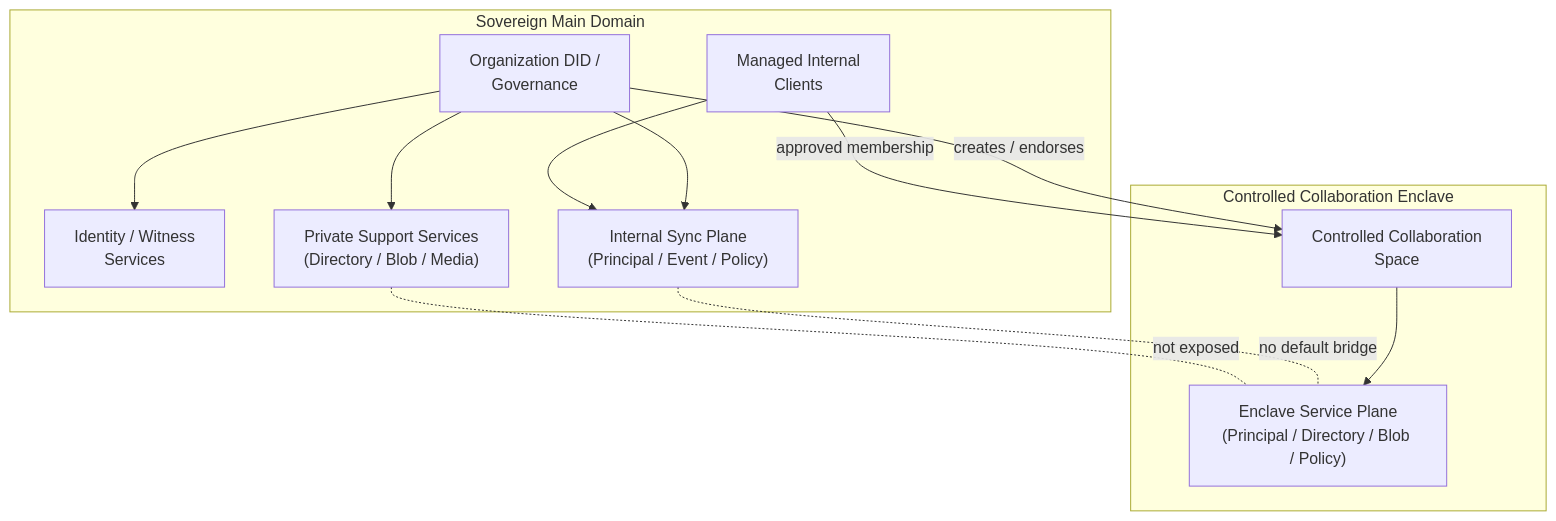
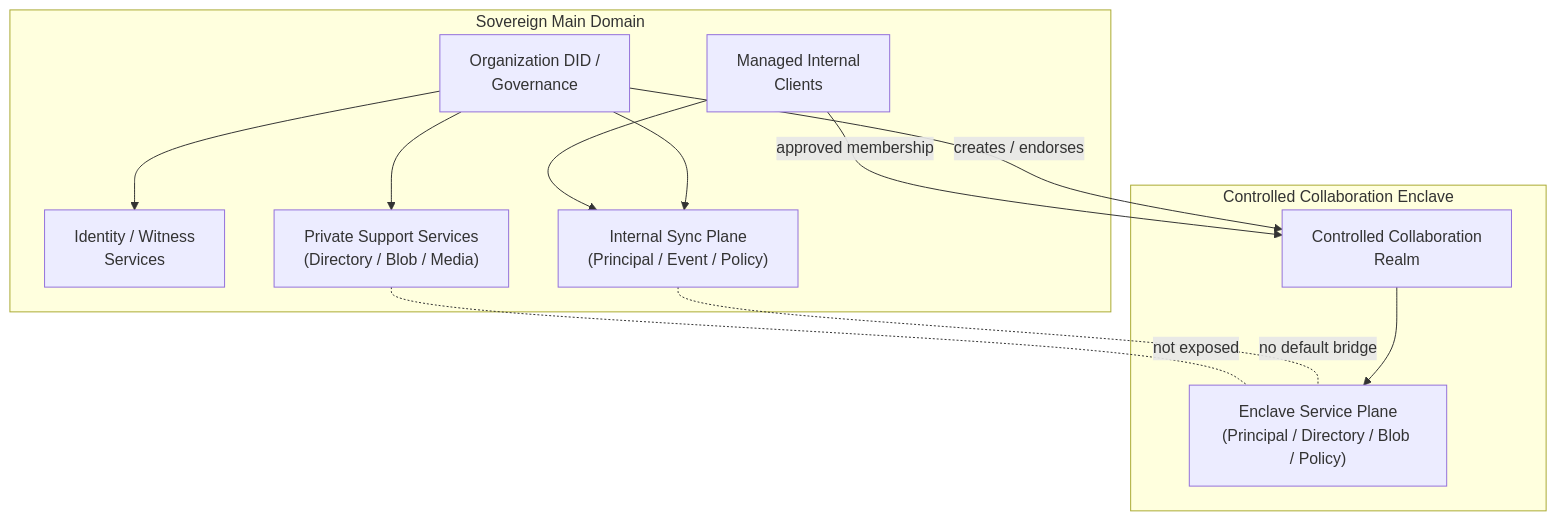
One commit to arkret-org/arkret-spec changed the first of 2 diagrams in spec/v1/zh/sync/sovereign-deployment.md. Above: the diagram before and after it, drawn with Mermaid. The commit also changed other lines of this file and 162 other files, not shown here.

Commit message:
Rework Realm and Space boundaries

````diff
--- a/spec/v1/zh/sync/sovereign-deployment.md
+++ b/spec/v1/zh/sync/sovereign-deployment.md
@@ -39,27 +39,27 @@
 ```mermaid
 flowchart TB
     subgraph "Sovereign Main Domain"
         ORG["Organization DID /<br/>Governance"]
         TRUST["Identity / Witness<br/>Services"]
         CORE["Internal Sync Plane<br/>(Principal / Event / Policy)"]
         SUPPORT["Private Support Services<br/>(Directory / Blob / Media)"]
         INTCLIENT["Managed Internal<br/>Clients"]
 
         ORG --> TRUST
         ORG --> CORE
         ORG --> SUPPORT
         INTCLIENT --> CORE
     end
 
     subgraph "Controlled Collaboration Enclave"
-        ESPACE["Controlled Collaboration<br/>Space"]
+        ESPACE["Controlled Collaboration<br/>Realm"]
         ESVC["Enclave Service Plane<br/>(Principal / Directory / Blob / Policy)"]
 
         ESPACE --> ESVC
     end
 
     ORG -->|"creates / endorses"| ESPACE
     INTCLIENT -->|"approved membership"| ESPACE
     CORE -. "no default bridge" .- ESVC
     SUPPORT -. "not exposed" .- ESVC
 ```
````
